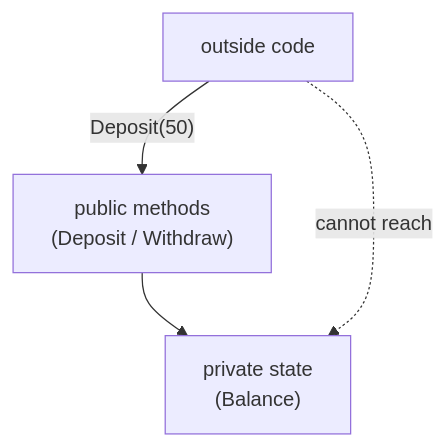
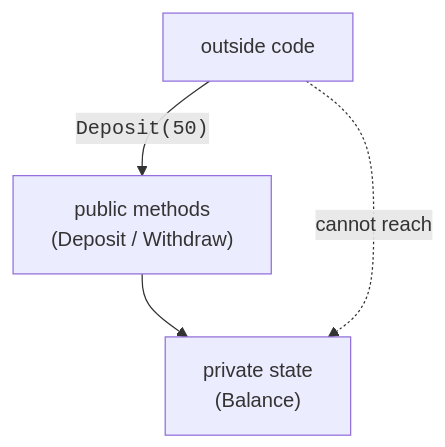
One commit to dataslope/dataslope changed the diagram in content/courses/intro-modern-csharp/encapsulation-and-abstraction.mdx. Above: the diagram before and after it, drawn with Mermaid. The commit also changed 65 other files, not shown here.

First line of the commit message:
Set code in every mermaid label in the mono face

````diff
--- a/content/courses/intro-modern-csharp/encapsulation-and-abstraction.mdx
+++ b/content/courses/intro-modern-csharp/encapsulation-and-abstraction.mdx
@@ -146,6 +146,6 @@
 ```mermaid
 flowchart TD
-    Out["outside code"] -->|"Deposit(50)"| API["public methods<br/>(Deposit / Withdraw)"]
+    Out["outside code"] -->|"<code>Deposit(50)</code>"| API["public methods<br/>(Deposit / Withdraw)"]
     API --> State["private state<br/>(Balance)"]
     Out -. "cannot reach" .-> State
 ```
````
